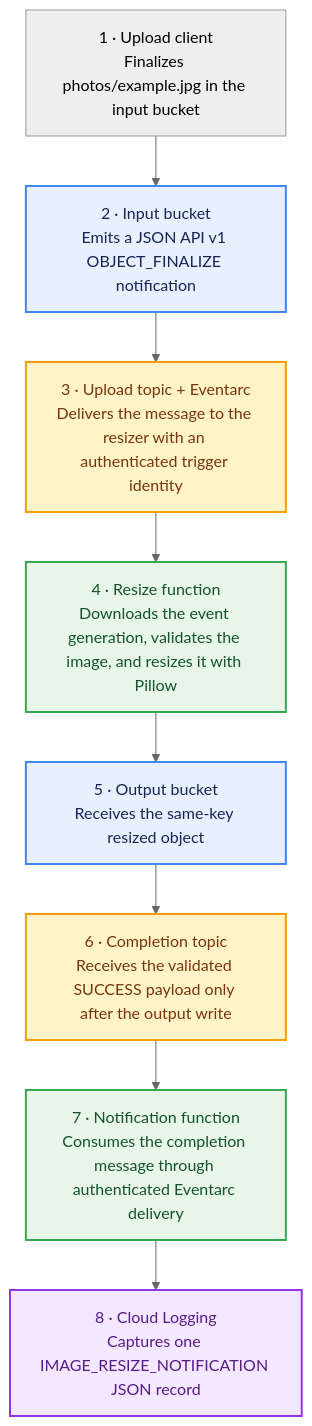
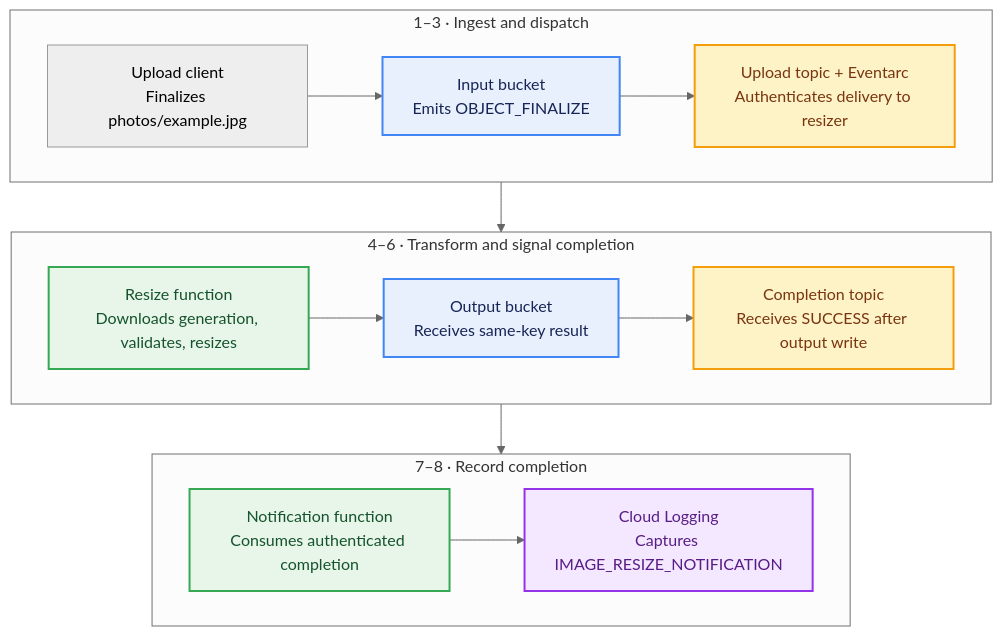
The second of 2 diagrams in README.md (TheShivm/serverless-image-processing-gcp), drawn with Mermaid (neutral theme) before and after one commit. The commit also changed other lines of this file, not shown here.

Commit message:
docs: balance architecture diagram layout

````diff
--- a/README.md
+++ b/README.md
@@ -192,22 +199,37 @@
 ```mermaid
 flowchart TB
-    S1["1 · Upload client<br/>Finalizes photos/example.jpg in the input bucket"]
-    S2["2 · Input bucket<br/>Emits a JSON API v1 OBJECT_FINALIZE notification"]
-    S3["3 · Upload topic + Eventarc<br/>Delivers the message to the resizer with an authenticated trigger identity"]
-    S4["4 · Resize function<br/>Downloads the event generation, validates the image, and resizes it with Pillow"]
-    S5["5 · Output bucket<br/>Receives the same-key resized object"]
-    S6["6 · Completion topic<br/>Receives the validated SUCCESS payload only after the output write"]
-    S7["7 · Notification function<br/>Consumes the completion message through authenticated Eventarc delivery"]
-    S8["8 · Cloud Logging<br/>Captures one IMAGE_RESIZE_NOTIFICATION JSON record"]
+    subgraph Ingest[1–3 · Ingest and dispatch]
+        direction LR
+        S1["Upload client<br/>Finalizes photos/example.jpg"]
+        S2["Input bucket<br/>Emits OBJECT_FINALIZE"]
+        S3["Upload topic + Eventarc<br/>Authenticates delivery to resizer"]
+        S1 --> S2 --> S3
+    end
 
-    S1 --> S2 --> S3 --> S4 --> S5 --> S6 --> S7 --> S8
+    subgraph Transform[4–6 · Transform and signal completion]
+        direction LR
+        S4["Resize function<br/>Downloads generation, validates, resizes"]
+        S5["Output bucket<br/>Receives same-key result"]
+        S6["Completion topic<br/>Receives SUCCESS after output write"]
+        S4 --> S5 --> S6
+    end
+
+    subgraph Observe[7–8 · Record completion]
+        direction LR
+        S7["Notification function<br/>Consumes authenticated completion"]
+        S8["Cloud Logging<br/>Captures IMAGE_RESIZE_NOTIFICATION"]
+        S7 --> S8
+    end
+
+    S3 --> S4
+    S6 --> S7
 
     classDef storage fill:#E8F0FE,stroke:#4285F4,color:#172554,stroke-width:2px;
     classDef topic fill:#FEF3C7,stroke:#F59E0B,color:#78350F,stroke-width:2px;
     classDef function fill:#E8F5E9,stroke:#34A853,color:#14532D,stroke-width:2px;
     classDef logging fill:#F3E8FF,stroke:#9333EA,color:#581C87,stroke-width:2px;
     class S2,S5 storage;
     class S3,S6 topic;
     class S4,S7 function;
     class S8 logging;
 ```
````
